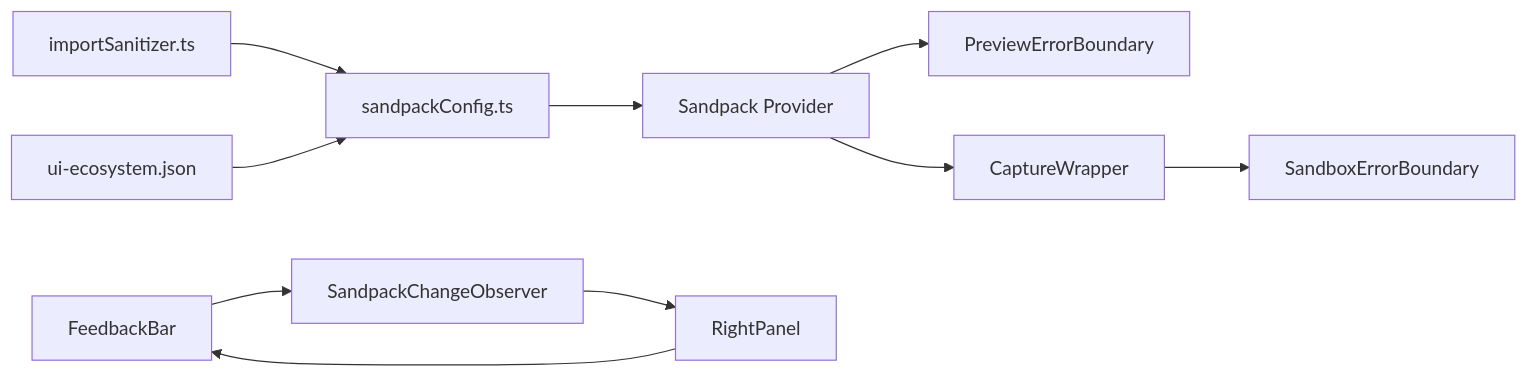
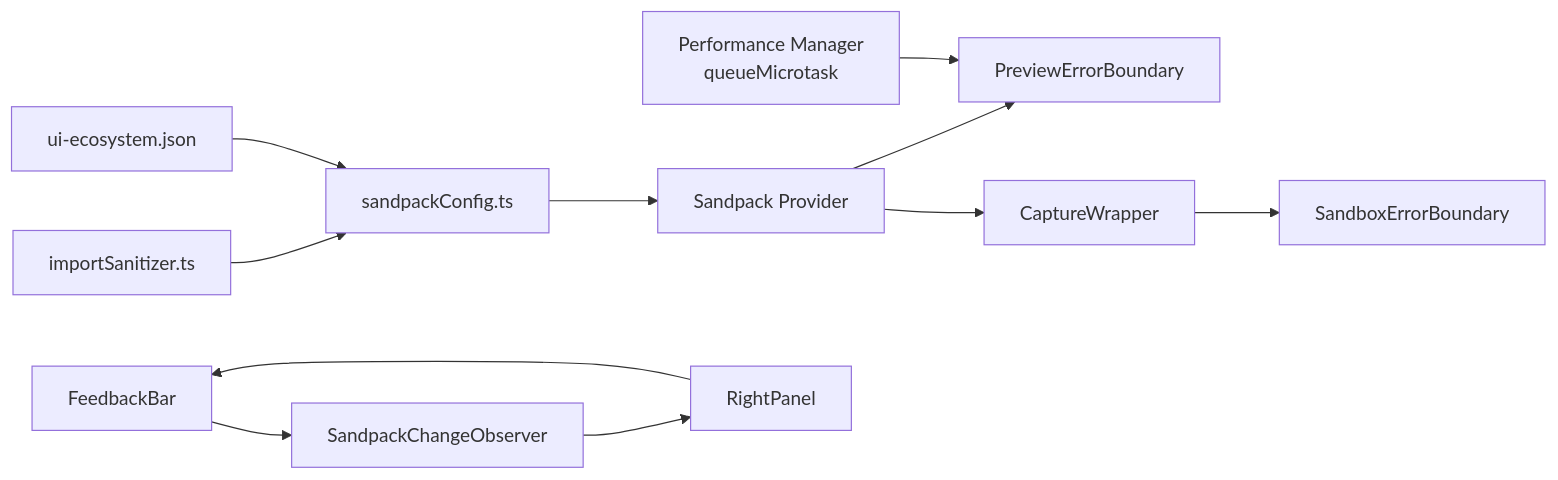
Before and after one commit to shekhargiri005-dotcom/AI-powered-accessibility-first-UI-engine: the tenth of 10 diagrams in .qoder/repowiki/en/content/Sandbox Error Boundary.md, drawn with Mermaid. The commit also changed other lines of this file and 5 other files, not shown here.

````diff
--- a/.qoder/repowiki/en/content/Sandbox Error Boundary.md
+++ b/.qoder/repowiki/en/content/Sandbox Error Boundary.md
@@ -324,12 +364,13 @@
 ```mermaid
 graph LR
 SAN["importSanitizer.ts"] --> CFG["sandpackConfig.ts"]
 ECOSYS["ui-ecosystem.json"] --> CFG
 CFG --> SP["Sandpack Provider"]
 SP --> PEB["PreviewErrorBoundary"]
 SP --> WRAP["CaptureWrapper"]
 WRAP --> SEB["SandboxErrorBoundary"]
+PM["Performance Manager<br/>queueMicrotask"] --> PEB
 FB["FeedbackBar"] --> SCOB["SandpackChangeObserver"]
 SCOB --> RP["RightPanel"]
 RP --> FB
 ```
````
